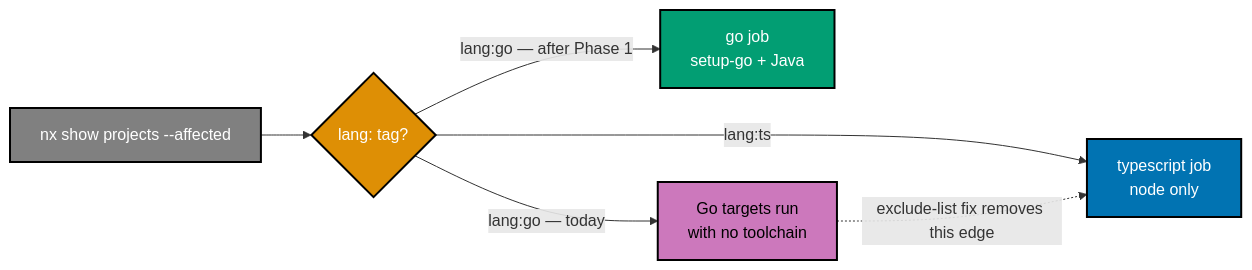
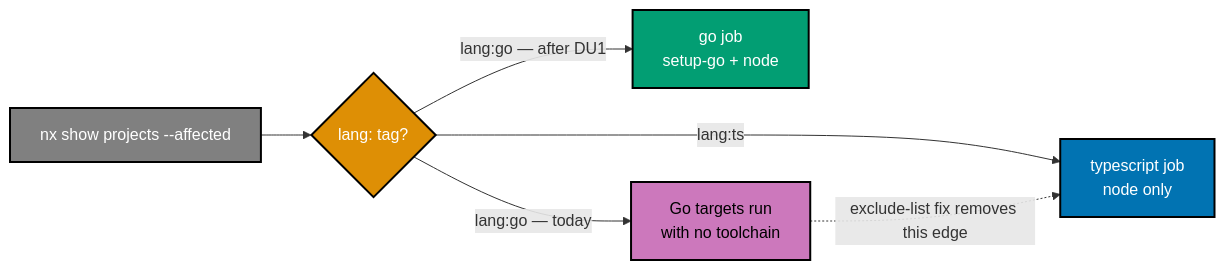
One commit to wahidyankf/open-sharia-fintech changed the fourth of 5 diagrams in plans/in-progress/islamic-be-init/tech-docs.md. Above: the diagram before and after it, drawn with Mermaid. The commit also changed other lines of this file and 5 other files, not shown here.

````diff
--- a/plans/in-progress/islamic-be-init/tech-docs.md
+++ b/plans/in-progress/islamic-be-init/tech-docs.md
@@ -94,20 +107,20 @@
 ```mermaid
 graph LR
     AFFECTED["nx show projects --affected"]:::gray
     DETECT{"lang: tag?"}:::orange
     TSJOB["typescript job<br/>node only"]:::blue
-    GOJOB["go job<br/>setup-go + Java"]:::teal
+    GOJOB["go job<br/>setup-go + node"]:::teal
     LEAK["Go targets run<br/>with no toolchain"]:::purple
 
     AFFECTED --> DETECT
     DETECT -->|"lang:ts"| TSJOB
     DETECT -->|"lang:go — today"| LEAK
-    DETECT -->|"lang:go — after Phase 1"| GOJOB
+    DETECT -->|"lang:go — after DU1"| GOJOB
     LEAK -.->|"exclude-list fix removes this edge"| TSJOB
 
     classDef blue fill:#0173B2,stroke:#000000,color:#FFFFFF,stroke-width:2px
     classDef orange fill:#DE8F05,stroke:#000000,color:#FFFFFF,stroke-width:2px
     classDef teal fill:#029E73,stroke:#000000,color:#FFFFFF,stroke-width:2px
     classDef purple fill:#CC78BC,stroke:#000000,color:#000000,stroke-width:2px
     classDef gray fill:#808080,stroke:#000000,color:#FFFFFF,stroke-width:2px
 ```
````
